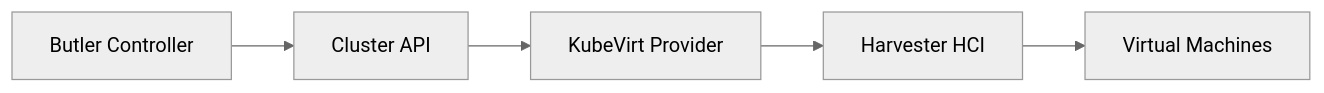
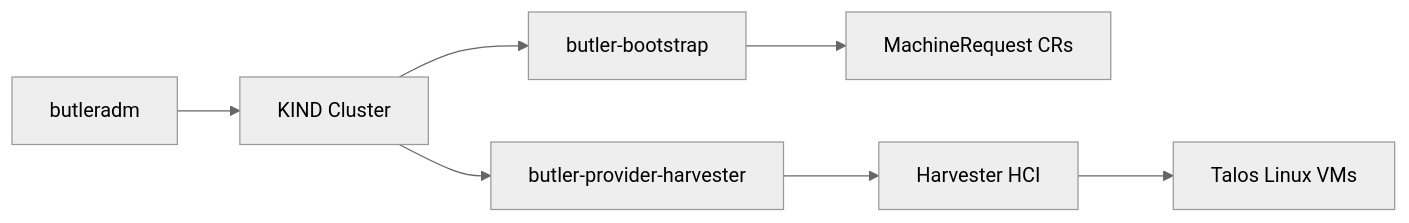
The diagram in docs/providers/harvester.md (butlerdotdev/butler), drawn with Mermaid (neutral theme) before and after one commit. The commit also changed other lines of this file and 8 other files, not shown here.

````diff
--- a/docs/providers/harvester.md
+++ b/docs/providers/harvester.md
@@ -20,7 +25,9 @@
 ```mermaid
 flowchart LR
-    Butler["Butler Controller"] --> CAPI["Cluster API"]
-    CAPI --> CAPK["KubeVirt Provider"]
-    CAPK --> Harvester["Harvester HCI"]
-    Harvester --> VMs["Virtual Machines"]
+    CLI["butleradm"] --> KIND["KIND Cluster"]
+    KIND --> Bootstrap["butler-bootstrap"]
+    KIND --> Provider["butler-provider-harvester"]
+    Bootstrap --> MR["MachineRequest CRs"]
+    Provider --> Harvester["Harvester HCI"]
+    Harvester --> VMs["Talos Linux VMs"]
 ```
````
